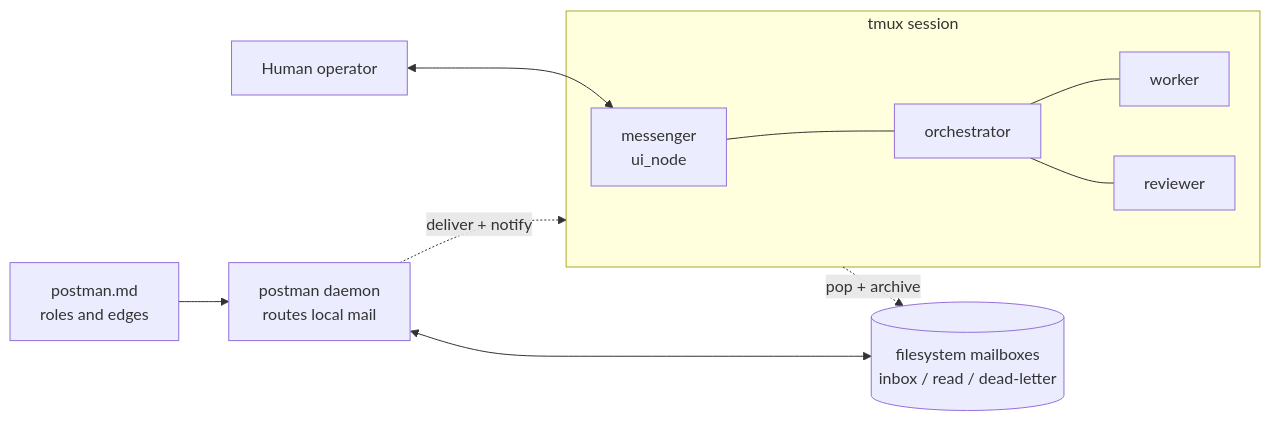
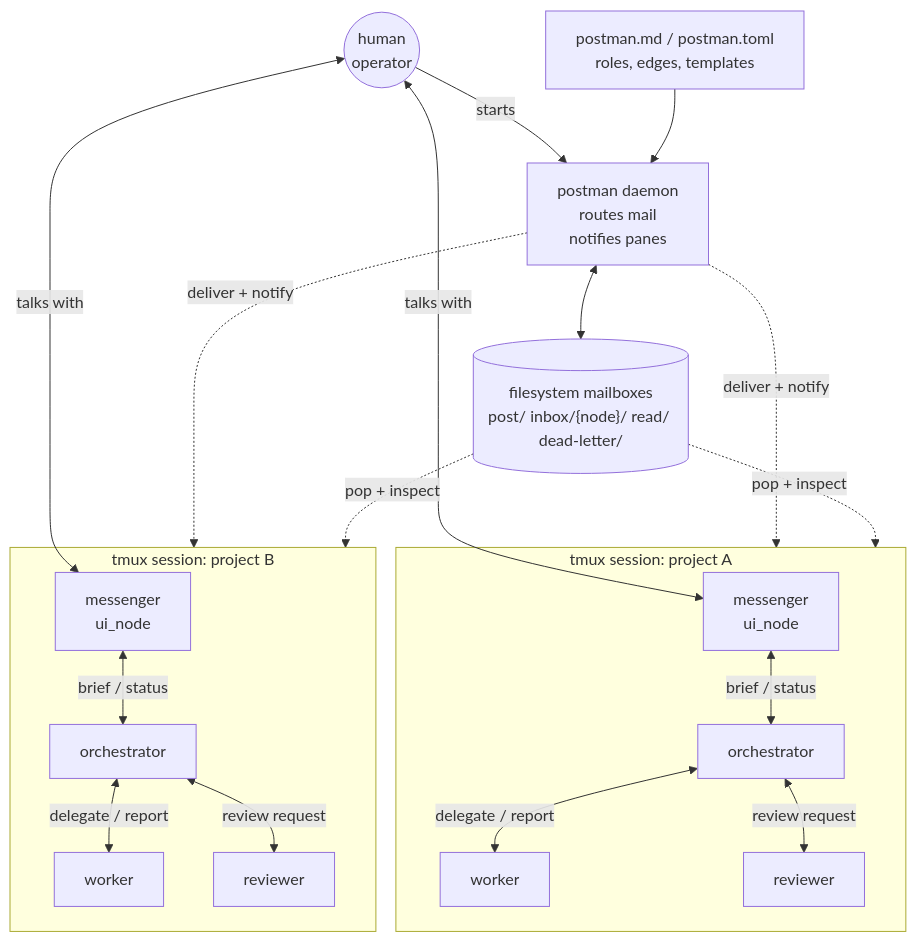
Before and after one commit to i9wa4/tmux-a2a-postman: the first of 2 diagrams in README.md, drawn with Mermaid. The commit also changed other lines of this file, not shown here.

Commit message:
docs(readme): expand concept diagram (#409)

````diff
--- a/README.md
+++ b/README.md
@@ -18,23 +18,39 @@
 ```mermaid
-flowchart LR
-    human["Human operator"]
-    config["postman.md\nroles and edges"]
-    daemon["postman daemon\nroutes local mail"]
-    mailbox[("filesystem mailboxes\ninbox / read / dead-letter")]
+graph TD
+    operator((human\noperator))
+    config["postman.md / postman.toml\nroles, edges, templates"]
+    daemon["postman daemon\nroutes mail\nnotifies panes"]
+    mailbox[("filesystem mailboxes\npost/ inbox/{node}/ read/ dead-letter/")]
 
-    subgraph tmux["tmux session"]
-        messenger["messenger\nui_node"]
-        orchestrator["orchestrator"]
-        worker["worker"]
-        reviewer["reviewer"]
+    subgraph project_a["tmux session: project A"]
+        a_messenger["messenger\nui_node"]
+        a_orchestrator["orchestrator"]
+        a_worker["worker"]
+        a_reviewer["reviewer"]
+
+        a_messenger <--> |brief / status| a_orchestrator
+        a_orchestrator <--> |delegate / report| a_worker
+        a_orchestrator <--> |review request| a_reviewer
     end
 
-    human <--> messenger
+    subgraph project_b["tmux session: project B"]
+        b_messenger["messenger\nui_node"]
+        b_orchestrator["orchestrator"]
+        b_worker["worker"]
+        b_reviewer["reviewer"]
+
+        b_messenger <--> |brief / status| b_orchestrator
+        b_orchestrator <--> |delegate / report| b_worker
+        b_orchestrator <--> |review request| b_reviewer
+    end
+
+    operator --> |starts| daemon
+    operator <--> |talks with| a_messenger
+    operator <--> |talks with| b_messenger
     config --> daemon
     daemon <--> mailbox
-    messenger --- orchestrator
-    orchestrator --- worker
-    orchestrator --- reviewer
-    daemon -.->|deliver + notify| tmux
-    tmux -.->|pop + archive| mailbox
+    daemon -.->|deliver + notify| project_a
+    daemon -.->|deliver + notify| project_b
+    mailbox -.->|pop + inspect| project_a
+    mailbox -.->|pop + inspect| project_b
 ```
````
